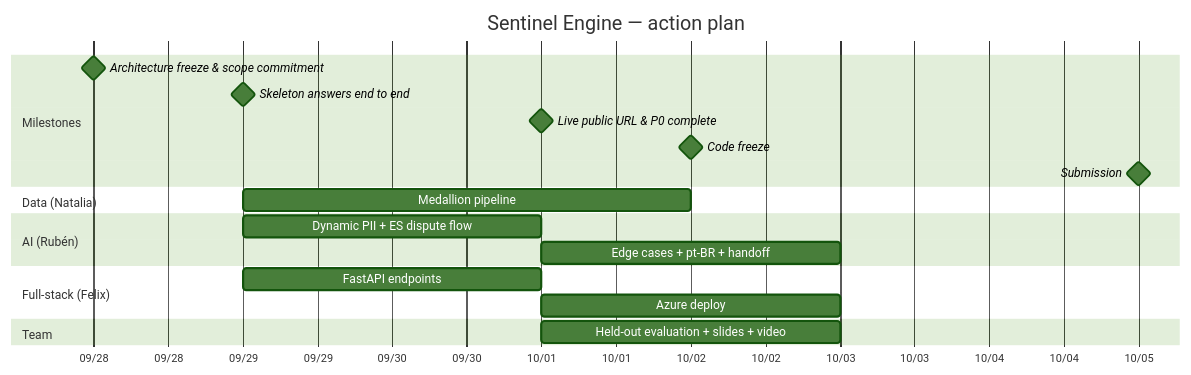
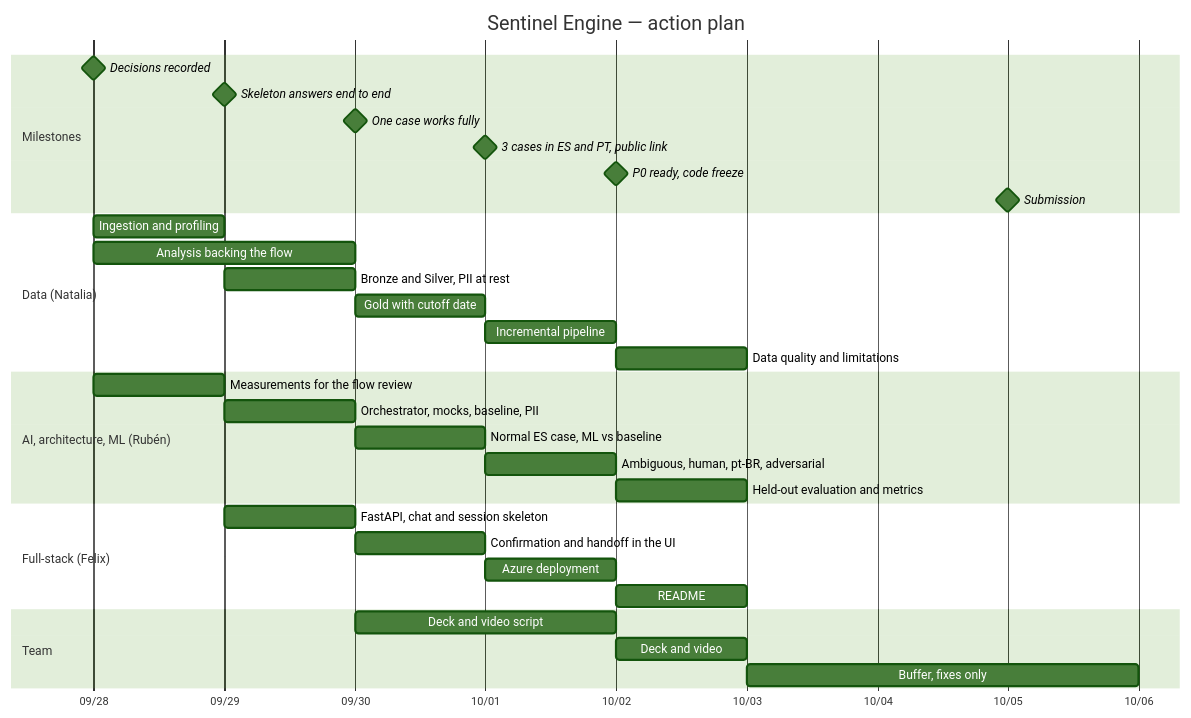
One commit to rdorta27/factored-hackathon-2026-sentinel-engine changed the fifth of 5 diagrams in docs/build/architecture-roadmap.md. Above: the diagram before and after it, drawn with Mermaid (forest theme). The commit also changed other lines of this file and 13 other files, not shown here.

````diff
--- a/docs/build/architecture-roadmap.md
+++ b/docs/build/architecture-roadmap.md
@@ -84,22 +86,35 @@
 ```mermaid
 gantt
     title Sentinel Engine — action plan
-    dateFormat MM-DD
+    dateFormat YYYY-MM-DD
     axisFormat %m/%d
     section Milestones
-    Architecture freeze & scope commitment :milestone, m1, 09-28, 0d
-    Skeleton answers end to end            :milestone, m2, 09-29, 0d
-    Live public URL & P0 complete          :milestone, m3, 10-01, 0d
-    Code freeze                            :milestone, m4, 10-02, 0d
-    Submission                             :milestone, m5, 10-05, 0d
+    Decisions recorded                     :milestone, m1, 2026-09-28, 0d
+    Skeleton answers end to end            :milestone, m2, 2026-09-29, 0d
+    One case works fully                   :milestone, m3, 2026-09-30, 0d
+    3 cases in ES and PT, public link      :milestone, m4, 2026-10-01, 0d
+    P0 ready, code freeze                  :milestone, m5, 2026-10-02, 0d
+    Submission                             :milestone, m6, 2026-10-05, 0d
     section Data (Natalia)
-    Medallion pipeline                     :09-29, 3d
-    section AI (Rubén)
-    Dynamic PII + ES dispute flow          :09-29, 2d
-    Edge cases + pt-BR + handoff           :10-01, 2d
+    Ingestion and profiling                :2026-09-28, 1d
+    Analysis backing the flow              :2026-09-28, 2d
+    Bronze and Silver, PII at rest         :2026-09-29, 1d
+    Gold with cutoff date                  :2026-09-30, 1d
+    Incremental pipeline                   :2026-10-01, 1d
+    Data quality and limitations           :2026-10-02, 1d
+    section AI, architecture, ML (Rubén)
+    Measurements for the flow review       :2026-09-28, 1d
+    Orchestrator, mocks, baseline, PII     :2026-09-29, 1d
+    Normal ES case, ML vs baseline         :2026-09-30, 1d
+    Ambiguous, human, pt-BR, adversarial   :2026-10-01, 1d
+    Held-out evaluation and metrics        :2026-10-02, 1d
     section Full-stack (Felix)
-    FastAPI endpoints                      :09-29, 2d
-    Azure deploy                           :10-01, 2d
+    FastAPI, chat and session skeleton     :2026-09-29, 1d
+    Confirmation and handoff in the UI     :2026-09-30, 1d
+    Azure deployment                       :2026-10-01, 1d
+    README                                 :2026-10-02, 1d
     section Team
-    Held-out evaluation + slides + video   :10-01, 2d
+    Deck and video script                  :2026-09-30, 2d
+    Deck and video                         :2026-10-02, 1d
+    Buffer, fixes only                     :2026-10-03, 3d
 ```
````
